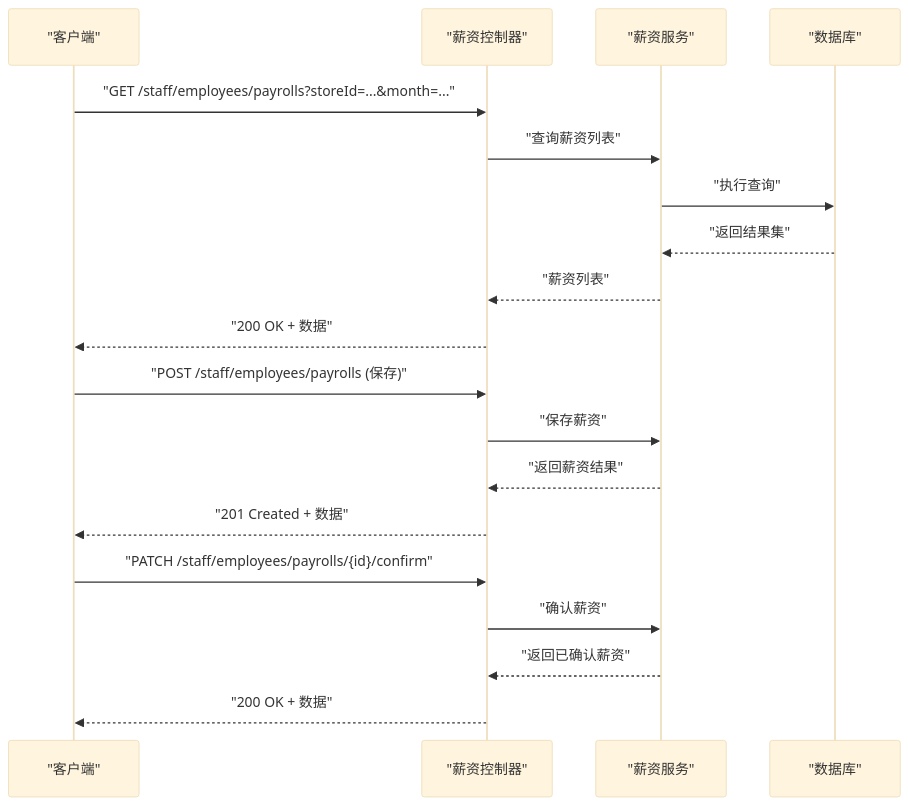
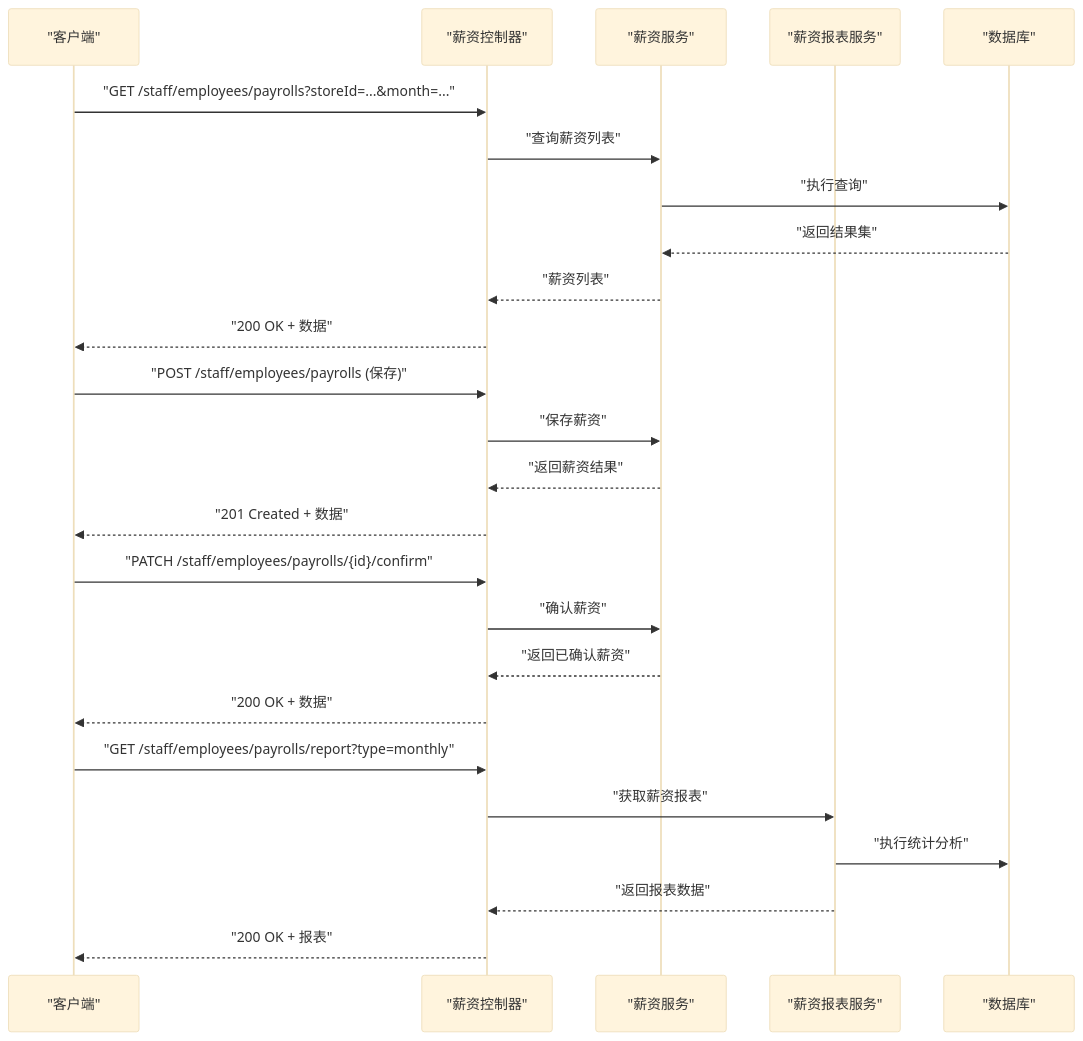
Before and after one commit to rc558620/purelyprofit-server: the sixth of 8 diagrams in .qoder/repowiki/zh/content/业务模块/员工管理模块/员工薪资管理.md, drawn with Mermaid (base theme). The commit also changed other lines of this file and 10 other files, not shown here.

````diff
--- a/.qoder/repowiki/zh/content/业务模块/员工管理模块/员工薪资管理.md
+++ b/.qoder/repowiki/zh/content/业务模块/员工管理模块/员工薪资管理.md
@@ -254,21 +319,27 @@
 ```mermaid
 sequenceDiagram
 participant Client as "客户端"
 participant Ctrl as "薪资控制器"
 participant Svc as "薪资服务"
+participant ReportSvc as "薪资报表服务"
 participant DB as "数据库"
 Client->>Ctrl : "GET /staff/employees/payrolls?storeId=...&month=..."
 Ctrl->>Svc : "查询薪资列表"
 Svc->>DB : "执行查询"
 DB-->>Svc : "返回结果集"
 Svc-->>Ctrl : "薪资列表"
 Ctrl-->>Client : "200 OK + 数据"
 Client->>Ctrl : "POST /staff/employees/payrolls (保存)"
 Ctrl->>Svc : "保存薪资"
 Svc-->>Ctrl : "返回薪资结果"
 Ctrl-->>Client : "201 Created + 数据"
 Client->>Ctrl : "PATCH /staff/employees/payrolls/{id}/confirm"
 Ctrl->>Svc : "确认薪资"
 Svc-->>Ctrl : "返回已确认薪资"
 Ctrl-->>Client : "200 OK + 数据"
+Client->>Ctrl : "GET /staff/employees/payrolls/report?type=monthly"
+Ctrl->>ReportSvc : "获取薪资报表"
+ReportSvc->>DB : "执行统计分析"
+ReportSvc-->>Ctrl : "返回报表数据"
+Ctrl-->>Client : "200 OK + 报表"
 ```
````
